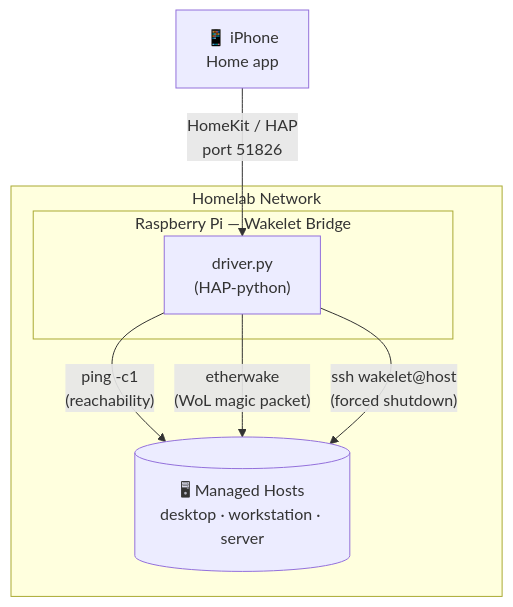
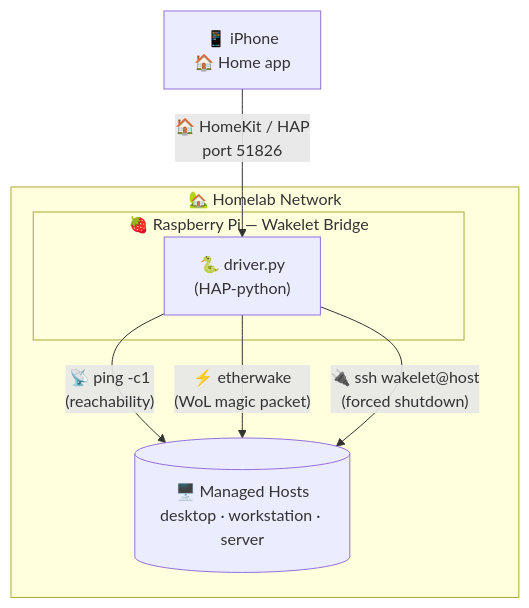
One commit to tlhakhan/wakelet changed the diagram in README.md. Above: the diagram before and after it, drawn with Mermaid.

Commit message:
Add emojis to architecture diagram

````diff
--- a/README.md
+++ b/README.md
@@ -7,18 +7,18 @@
 ```mermaid
 graph TB
-    iPhone["📱 iPhone\nHome app"]
+    iPhone["📱 iPhone\n🏠 Home app"]
 
-    subgraph homelab["Homelab Network"]
-        subgraph pi["Raspberry Pi — Wakelet Bridge"]
-            driver["driver.py\n(HAP-python)"]
+    subgraph homelab["🏡 Homelab Network"]
+        subgraph pi["🍓 Raspberry Pi — Wakelet Bridge"]
+            driver["🐍 driver.py\n(HAP-python)"]
         end
 
-        hosts[("🖥 Managed Hosts\ndesktop · workstation · server")]
+        hosts[("🖥️ Managed Hosts\ndesktop · workstation · server")]
     end
 
-    iPhone -->|"HomeKit / HAP\nport 51826"| driver
+    iPhone -->|"🏠 HomeKit / HAP\nport 51826"| driver
 
-    driver -->|"ping -c1\n(reachability)"| hosts
-    driver -->|"etherwake\n(WoL magic packet)"| hosts
-    driver -->|"ssh wakelet@host\n(forced shutdown)"| hosts
+    driver -->|"📡 ping -c1\n(reachability)"| hosts
+    driver -->|"⚡ etherwake\n(WoL magic packet)"| hosts
+    driver -->|"🔌 ssh wakelet@host\n(forced shutdown)"| hosts
 ```
````
